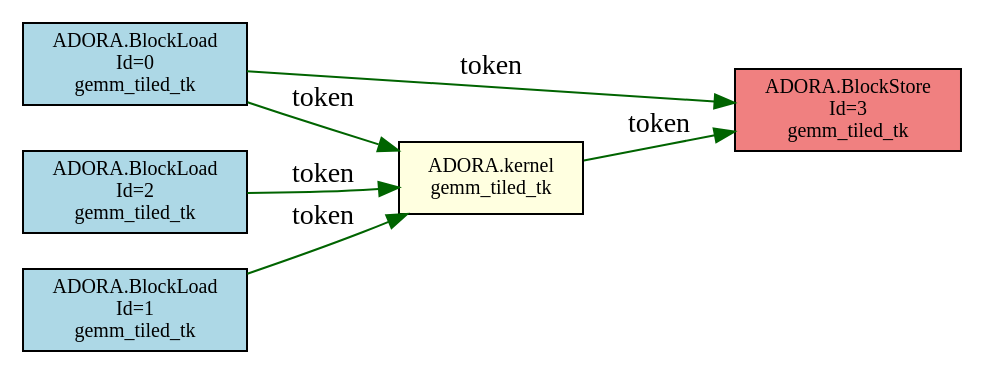
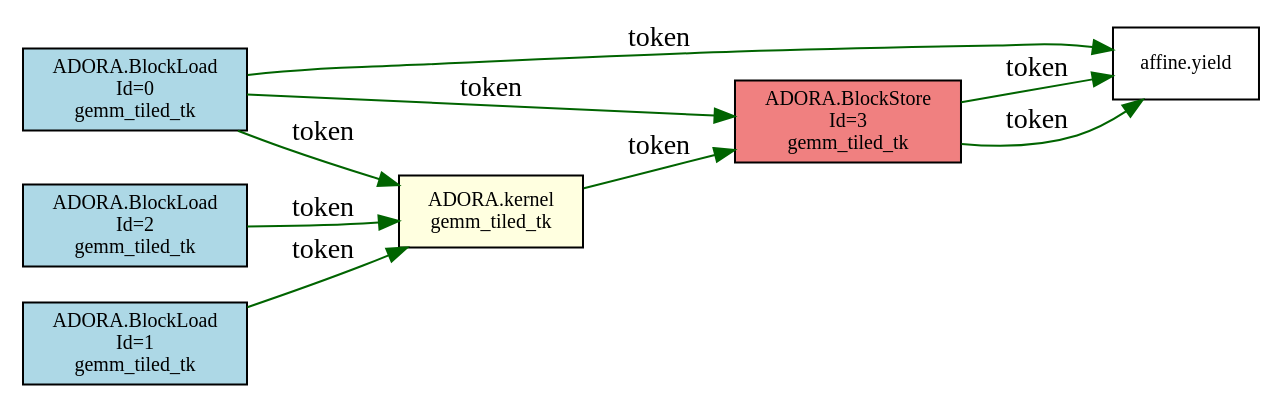
The diagram in experiment/taskschedule/04_gemm_tiled/tokens.dot (FDU-ME-ARC/adora-compiler), drawn with Graphviz before and after one commit. The commit also changed 51 other files, not shown here.

```diff
--- a/experiment/taskschedule/04_gemm_tiled/tokens.dot
+++ b/experiment/taskschedule/04_gemm_tiled/tokens.dot
@@ -1,14 +1,18 @@
 digraph token_graph {
   rankdir=LR;
   node [shape=box, fontsize=10];
-  "0x55afeb8a4ba0" [label="ADORA.BlockLoad\nId=0\ngemm_tiled_tk", style=filled, fillcolor=lightblue];
-  "0x55afeb89a3c0" [label="ADORA.BlockLoad\nId=2\ngemm_tiled_tk", style=filled, fillcolor=lightblue];
-  "0x55afeb8c0330" [label="ADORA.BlockStore\nId=3\ngemm_tiled_tk", style=filled, fillcolor=lightcoral];
-  "0x55afeb8b0770" [label="ADORA.kernel\ngemm_tiled_tk", style=filled, fillcolor=lightyellow];
-  "0x55afeb8a49d0" [label="ADORA.BlockLoad\nId=1\ngemm_tiled_tk", style=filled, fillcolor=lightblue];
-  "0x55afeb8a4ba0" -> "0x55afeb8c0330" [label="token", color=darkgreen];
-  "0x55afeb8a4ba0" -> "0x55afeb8b0770" [label="token", color=darkgreen];
-  "0x55afeb8a49d0" -> "0x55afeb8b0770" [label="token", color=darkgreen];
-  "0x55afeb89a3c0" -> "0x55afeb8b0770" [label="token", color=darkgreen];
-  "0x55afeb8b0770" -> "0x55afeb8c0330" [label="token", color=darkgreen];
+  "0x55a446adeb20" [label="ADORA.BlockLoad\nId=0\ngemm_tiled_tk", style=filled, fillcolor=lightblue];
+  "0x55a446af3080" [label="affine.yield"];
+  "0x55a446af1970" [label="ADORA.BlockStore\nId=3\ngemm_tiled_tk", style=filled, fillcolor=lightcoral];
+  "0x55a446ad9aa0" [label="ADORA.kernel\ngemm_tiled_tk", style=filled, fillcolor=lightyellow];
+  "0x55a446acd400" [label="ADORA.BlockLoad\nId=2\ngemm_tiled_tk", style=filled, fillcolor=lightblue];
+  "0x55a446acd5d0" [label="ADORA.BlockLoad\nId=1\ngemm_tiled_tk", style=filled, fillcolor=lightblue];
+  "0x55a446adeb20" -> "0x55a446af3080" [label="token", color=darkgreen];
+  "0x55a446adeb20" -> "0x55a446af1970" [label="token", color=darkgreen];
+  "0x55a446adeb20" -> "0x55a446ad9aa0" [label="token", color=darkgreen];
+  "0x55a446acd5d0" -> "0x55a446ad9aa0" [label="token", color=darkgreen];
+  "0x55a446acd400" -> "0x55a446ad9aa0" [label="token", color=darkgreen];
+  "0x55a446ad9aa0" -> "0x55a446af1970" [label="token", color=darkgreen];
+  "0x55a446af1970" -> "0x55a446af3080" [label="token", color=darkgreen];
+  "0x55a446af1970" -> "0x55a446af3080" [label="token", color=darkgreen];
 }
```
